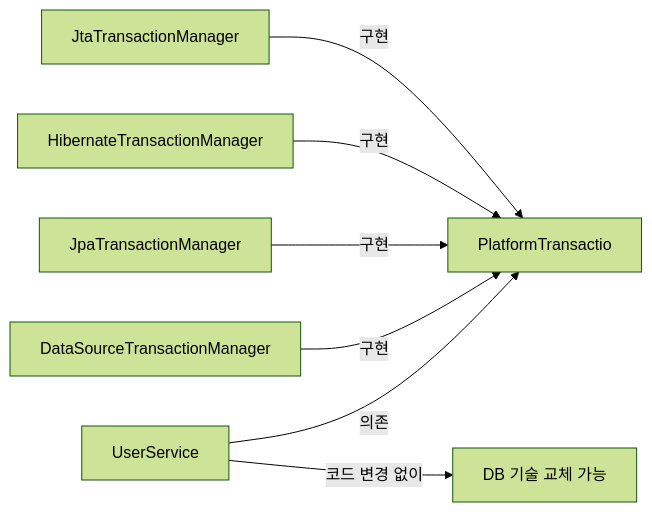
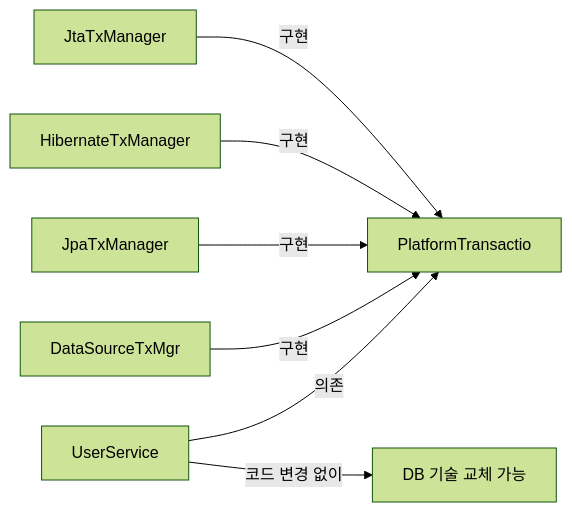
Before and after one commit to yjkim2015/yjkim2015.github.io: the third of 7 diagrams in _posts/spring/2026-05-02-spring6-principles.md, drawn with Mermaid (forest theme). The commit also changed other lines of this file and 245 other files, not shown here.

First line of the commit message:
Mermaid 다이어그램 전면 수정 + 면접 포인트 접기/펼치기 + DB 데드락 페이지

````diff
--- a/_posts/spring/2026-05-02-spring6-principles.md
+++ b/_posts/spring/2026-05-02-spring6-principles.md
@@ -243,9 +243,9 @@
 ```mermaid
 graph LR
     A[UserService] -->|"의존"| B["PlatformTransactio"]
-    C[DataSourceTransactionManager] -->|"구현"| B
-    D[JpaTransactionManager] -->|"구현"| B
-    E[HibernateTransactionManager] -->|"구현"| B
-    F[JtaTransactionManager] -->|"구현"| B
+    C[DataSourceTxMgr] -->|"구현"| B
+    D[JpaTxManager] -->|"구현"| B
+    E[HibernateTxManager] -->|"구현"| B
+    F[JtaTxManager] -->|"구현"| B
     A -->|"코드 변경 없이"| G["DB 기술 교체 가능"]
 ```
````
